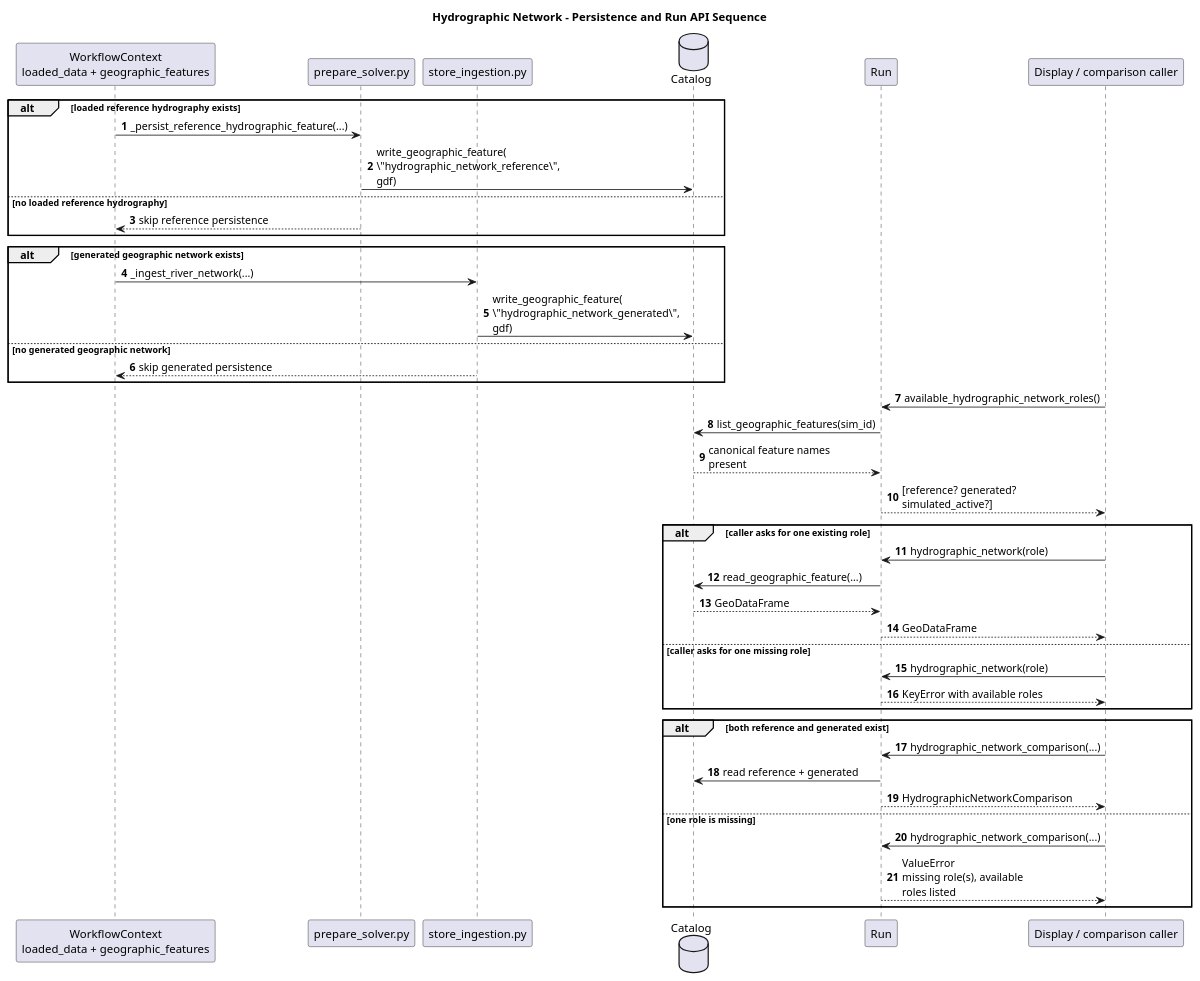
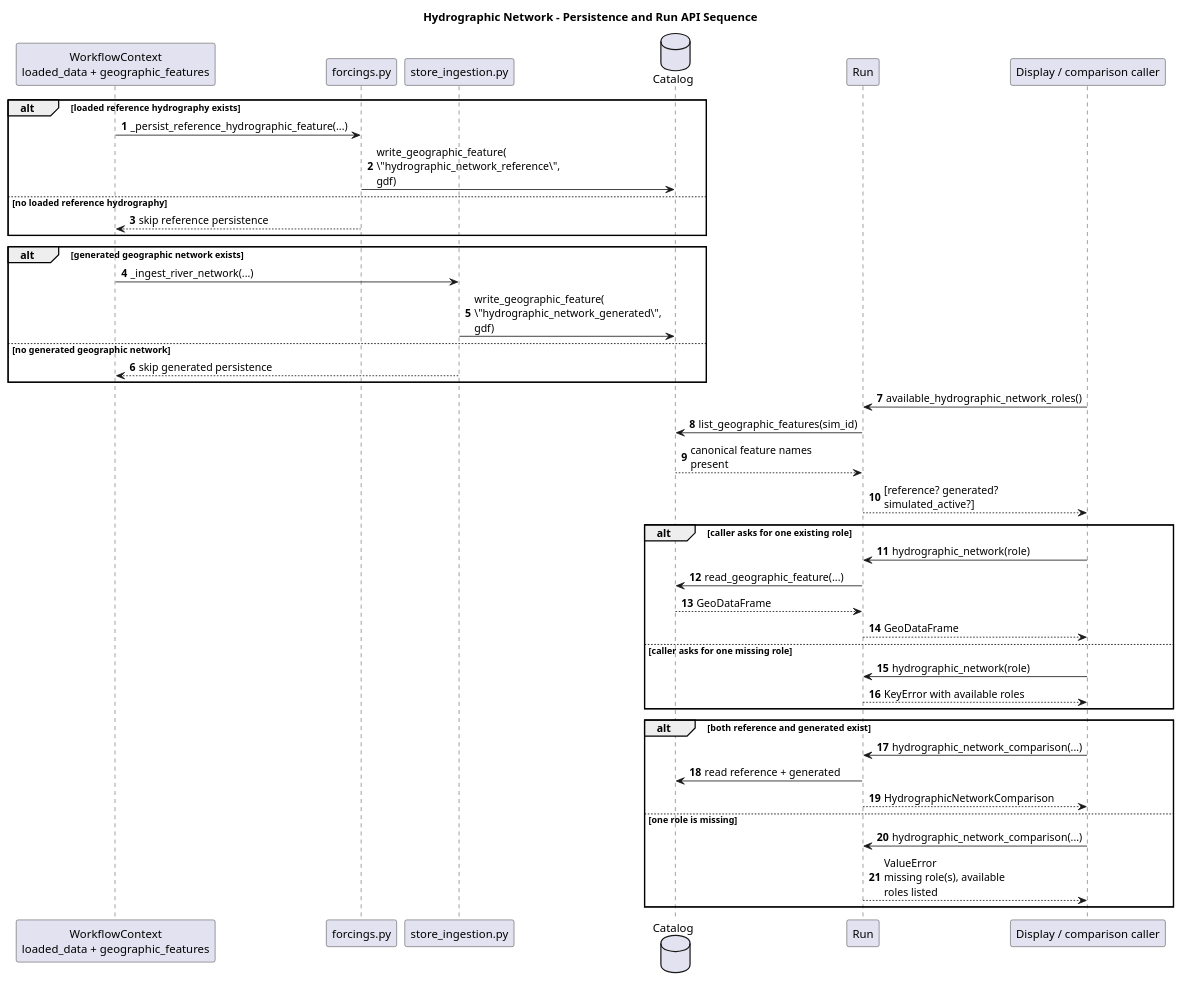
The diagram in docs/source/contribute/architecture/spatial_support/diagrams/hydrographic_network_persistence_run_sequence.wsd (HydroModPy/HydroModPy), drawn with PlantUML before and after one commit. The commit also changed 338 other files, not shown here.

```diff
--- a/docs/source/contribute/architecture/spatial_support/diagrams/hydrographic_network_persistence_run_sequence.wsd
+++ b/docs/source/contribute/architecture/spatial_support/diagrams/hydrographic_network_persistence_run_sequence.wsd
@@ -1,51 +1,51 @@
 @startuml
 title Hydrographic Network - Persistence and Run API Sequence
 autonumber
 skinparam wrapWidth 180
 skinparam maxMessageSize 180
 
 participant "WorkflowContext\nloaded_data + geographic_features" as Ctx
-participant "prepare_solver.py" as ReferencePersistence
+participant "forcings.py" as ReferencePersistence
 participant "store_ingestion.py" as StoreIngestion
 database "Catalog" as Catalog
 participant "Run" as Run
 participant "Display / comparison caller" as Caller
 
 alt loaded reference hydrography exists
   Ctx -> ReferencePersistence : _persist_reference_hydrographic_feature(...)
   ReferencePersistence -> Catalog : write_geographic_feature(\n\"hydrographic_network_reference\", gdf)
 else no loaded reference hydrography
   ReferencePersistence --> Ctx : skip reference persistence
 end
 
 alt generated geographic network exists
   Ctx -> StoreIngestion : _ingest_river_network(...)
   StoreIngestion -> Catalog : write_geographic_feature(\n\"hydrographic_network_generated\", gdf)
 else no generated geographic network
   StoreIngestion --> Ctx : skip generated persistence
 end
 
 Caller -> Run : available_hydrographic_network_roles()
 Run -> Catalog : list_geographic_features(sim_id)
 Catalog --> Run : canonical feature names present
 Run --> Caller : [reference? generated? simulated_active?]
 
 alt caller asks for one existing role
   Caller -> Run : hydrographic_network(role)
   Run -> Catalog : read_geographic_feature(...)
   Catalog --> Run : GeoDataFrame
   Run --> Caller : GeoDataFrame
 else caller asks for one missing role
   Caller -> Run : hydrographic_network(role)
   Run --> Caller : KeyError with available roles
 end
 
 alt both reference and generated exist
   Caller -> Run : hydrographic_network_comparison(...)
   Run -> Catalog : read reference + generated
   Run --> Caller : HydrographicNetworkComparison
 else one role is missing
   Caller -> Run : hydrographic_network_comparison(...)
   Run --> Caller : ValueError\nmissing role(s), available roles listed
 end
 @enduml
```
